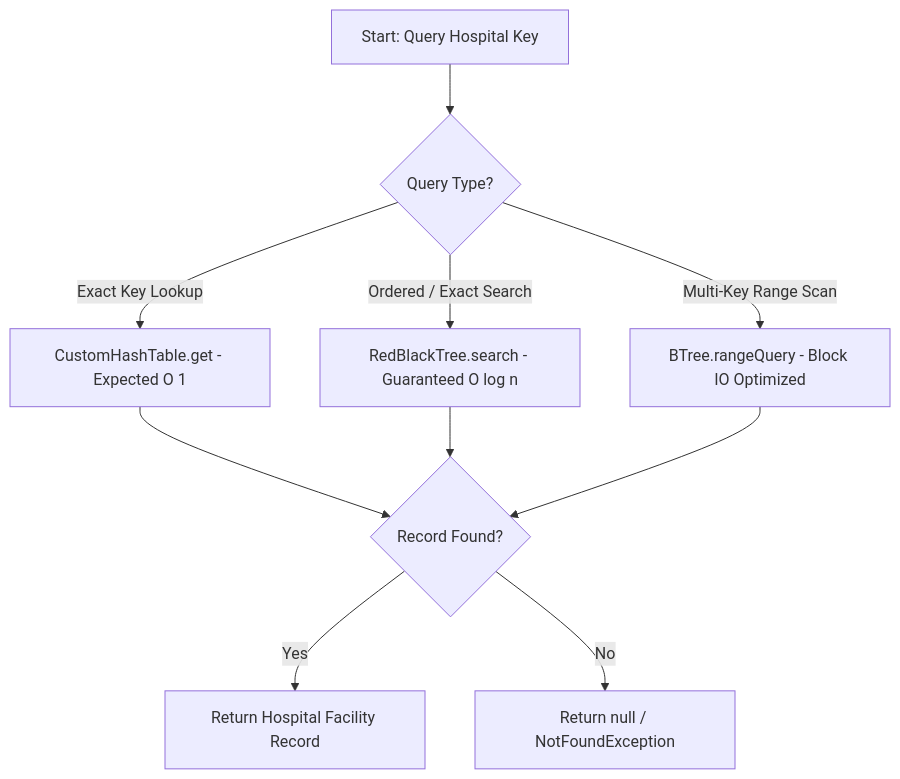
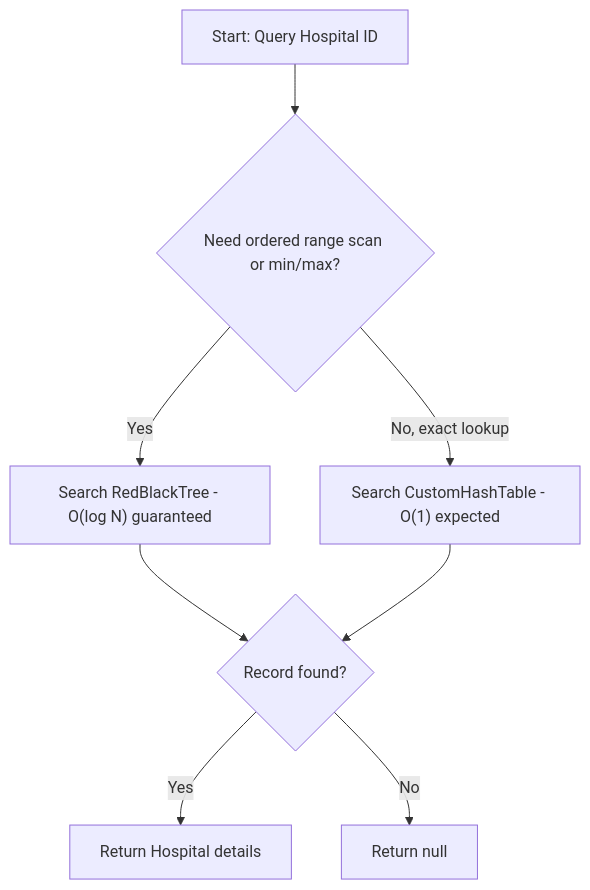
The fourth of 6 diagrams in docs-site/src/content/docs/service-operations/flowcharts-pseudocode.md (Septagon-Systems/Hospital-Service-DSA), drawn with Mermaid before and after one commit. The commit also changed other lines of this file and 1 other file, not shown here.

Commit message:
docs(flowcharts): expand pseudocode to cover all 12 data structures and multi-queue dispatch

````diff
--- a/docs-site/src/content/docs/service-operations/flowcharts-pseudocode.md
+++ b/docs-site/src/content/docs/service-operations/flowcharts-pseudocode.md
@@ -296,12 +245,10 @@
 ```mermaid
 flowchart TD
-    A[Start: Query Hospital Key] --> B{Query Type?}
-    B -- Exact Key Lookup --> C[CustomHashTable.get - Expected O 1]
-    B -- Ordered / Exact Search --> D[RedBlackTree.search - Guaranteed O log n]
-    B -- Multi-Key Range Scan --> E[BTree.rangeQuery - Block IO Optimized]
-    C --> F{Record Found?}
-    D --> F
-    E --> F
-    F -- Yes --> G[Return Hospital Facility Record]
-    F -- No --> H[Return null / NotFoundException]
+    A[Start: Query Hospital ID] --> B{"Need ordered range scan or min/max?"}
+    B -- Yes --> C["Search RedBlackTree - O(log N) guaranteed"]
+    B -- "No, exact lookup" --> D["Search CustomHashTable - O(1) expected"]
+    C --> E{Record found?}
+    D --> E
+    E -- Yes --> F[Return Hospital details]
+    E -- No --> G[Return null]
 ```
````
